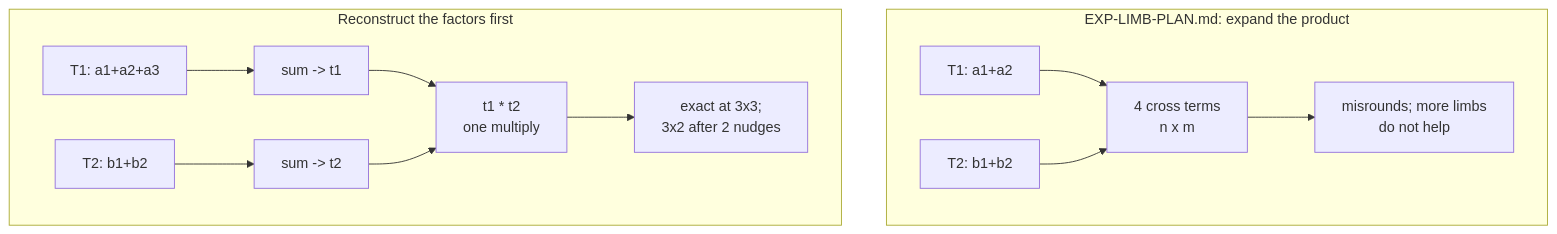
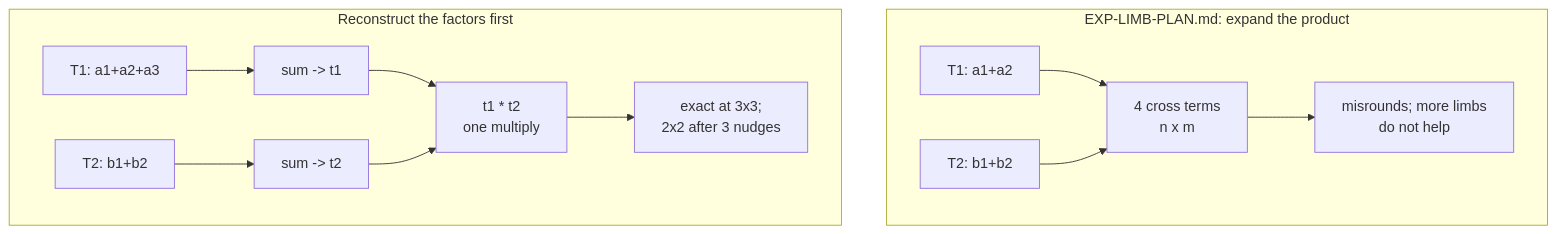
Before and after one commit to barlu3/EXP-research: the diagram in log-research/EXP-SIN-LIMB-RESULTS.md, drawn with Mermaid. The commit also changed other lines of this file and 10 other files, not shown here.

````diff
--- a/log-research/EXP-SIN-LIMB-RESULTS.md
+++ b/log-research/EXP-SIN-LIMB-RESULTS.md
@@ -54,15 +56,15 @@
 ```mermaid
 graph TD
   subgraph plan["EXP-LIMB-PLAN.md: expand the product"]
     P1["T1: a1+a2"] --> PX["4 cross terms<br/>n x m"]
     P2["T2: b1+b2"] --> PX
     PX --> PR["misrounds; more limbs<br/>do not help"]
   end
   subgraph fix["Reconstruct the factors first"]
     F1["T1: a1+a2+a3"] --> FA["sum -> t1"]
     F2["T2: b1+b2"] --> FB["sum -> t2"]
     FA --> FM["t1 * t2<br/>one multiply"]
     FB --> FM
-    FM --> FR["exact at 3x3;<br/>3x2 after 2 nudges"]
+    FM --> FR["exact at 3x3;<br/>2x2 after 3 nudges"]
   end
 ```
````
